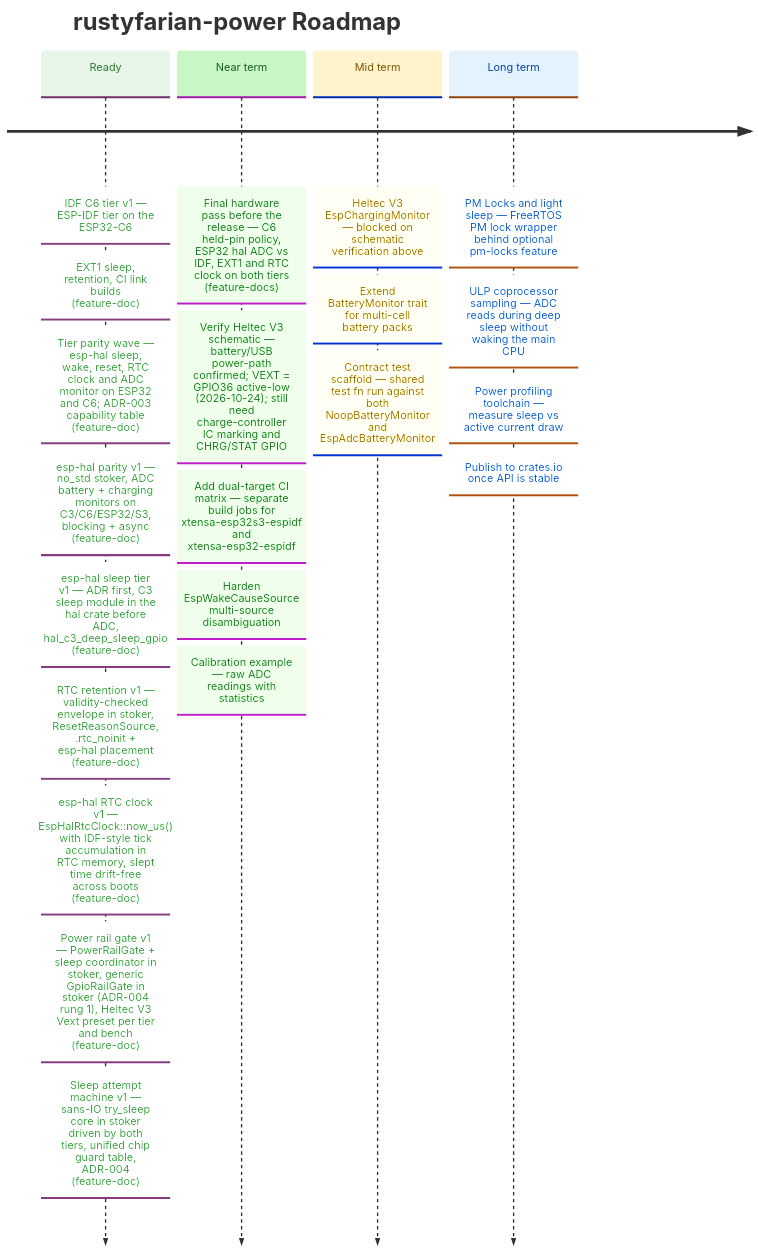
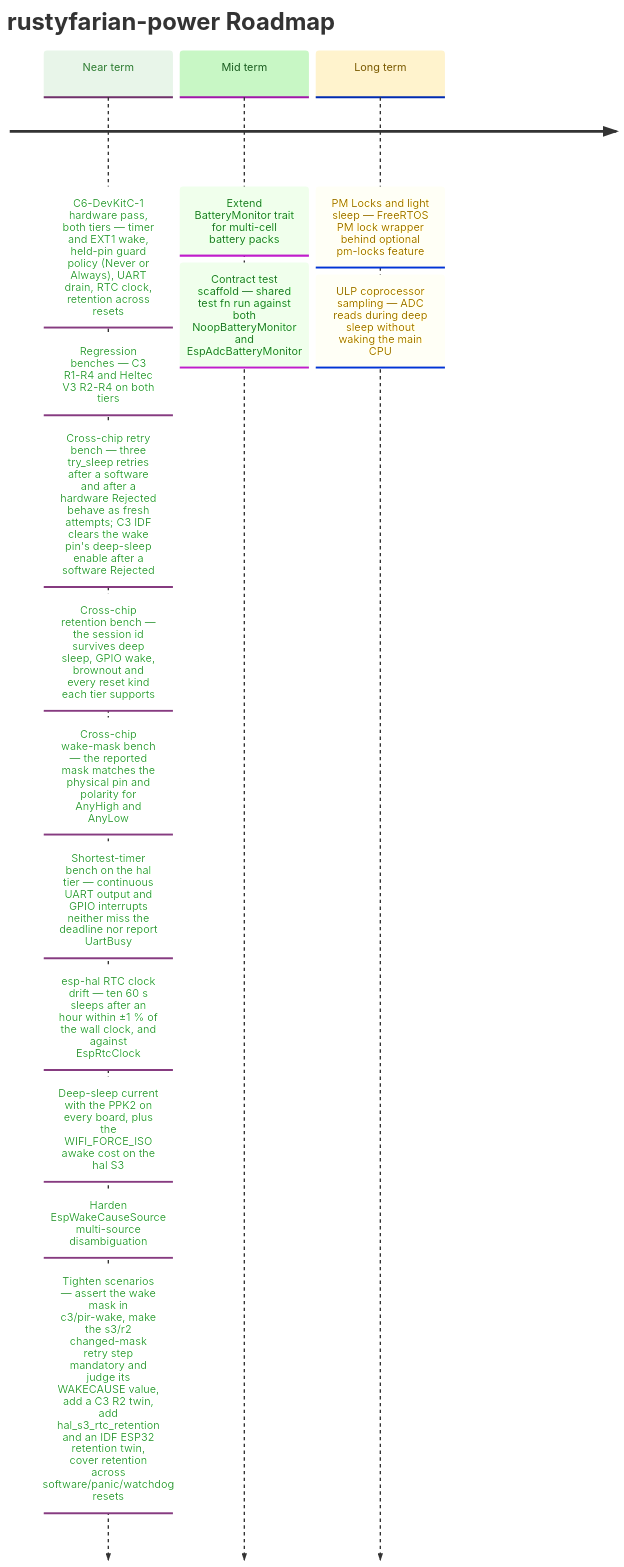
One commit to datenkollektiv/rustyfarian-power changed the diagram in docs/ROADMAP.md. Above: the diagram before and after it, drawn with Mermaid. The commit also changed other lines of this file and 43 other files, not shown here.

````diff
--- a/docs/ROADMAP.md
+++ b/docs/ROADMAP.md
@@ -15,42 +10,35 @@
 ```mermaid
 %%{init: {
   "theme": "base",
   "themeVariables": {
     "cScale0": "#e8f5e9",
     "cScaleLabel0": "#2e7d32",
     "cScale1": "#c8f7c5",
     "cScaleLabel1": "#1b5e20",
     "cScale2": "#fff3cd",
     "cScaleLabel2": "#7a5a00",
     "cScale3": "#e3f2fd",
     "cScaleLabel3": "#0d47a1"
   }
 }}%%
 
 timeline
     title rustyfarian-power Roadmap
 
-    Ready     : IDF C6 tier v1 — ESP-IDF tier on the ESP32-C6: EXT1 sleep, retention, CI link builds (feature-doc)
-              : Tier parity wave — esp-hal sleep, wake, reset, RTC clock and ADC monitor on ESP32 and C6; ADR-003 capability table (feature-doc)
-              : esp-hal parity v1 — no_std stoker, ADC battery + charging monitors on C3/C6/ESP32/S3, blocking + async (feature-doc)
-              : esp-hal sleep tier v1 — ADR first, C3 sleep module in the hal crate before ADC, hal_c3_deep_sleep_gpio (feature-doc)
-              : RTC retention v1 — validity-checked envelope in stoker, ResetReasonSource, .rtc_noinit + esp-hal placement (feature-doc)
-              : esp-hal RTC clock v1 — EspHalRtcClock::now_us() with IDF-style tick accumulation in RTC memory, slept time drift-free across boots (feature-doc)
-              : Power rail gate v1 — PowerRailGate + sleep coordinator in stoker, generic GpioRailGate in stoker (ADR-004 rung 1), Heltec V3 Vext preset per tier and bench (feature-doc)
-              : Sleep attempt machine v1 — sans-IO try_sleep core in stoker driven by both tiers, unified chip guard table, ADR-004 (feature-doc)
+    Near term : C6-DevKitC-1 hardware pass, both tiers — timer and EXT1 wake, held-pin guard policy (Never or Always), UART drain, RTC clock, retention across resets
+              : Regression benches — C3 R1-R4 and Heltec V3 R2-R4 on both tiers
+              : Cross-chip retry bench — three try_sleep retries after a software and after a hardware Rejected behave as fresh attempts; C3 IDF clears the wake pin's deep-sleep enable after a software Rejected
+              : Cross-chip retention bench — the session id survives deep sleep, GPIO wake, brownout and every reset kind each tier supports
+              : Cross-chip wake-mask bench — the reported mask matches the physical pin and polarity for AnyHigh and AnyLow
+              : Shortest-timer bench on the hal tier — continuous UART output and GPIO interrupts neither miss the deadline nor report UartBusy
+              : esp-hal RTC clock drift — ten 60 s sleeps after an hour within ±1 % of the wall clock, and against EspRtcClock
+              : Deep-sleep current with the PPK2 on every board, plus the WIFI_FORCE_ISO awake cost on the hal S3
+              : Harden EspWakeCauseSource multi-source disambiguation
+              : Tighten scenarios — assert the wake mask in c3/pir-wake, make the s3/r2 changed-mask retry step mandatory and judge its WAKECAUSE value, add a C3 R2 twin, add hal_s3_rtc_retention and an IDF ESP32 retention twin, cover retention across software/panic/watchdog resets
 
-    Near term : Final hardware pass before the release — C6 held-pin policy, ESP32 hal ADC vs IDF, EXT1 and RTC clock on both tiers (feature-docs)
-              : Verify Heltec V3 schematic — battery/USB power-path confirmed; VEXT = GPIO36 active-low (2026-10-24); still need charge-controller IC marking and CHRG/STAT GPIO
-              : Add dual-target CI matrix — separate build jobs for xtensa-esp32s3-espidf and xtensa-esp32-espidf
-              : Harden EspWakeCauseSource multi-source disambiguation
-              : Calibration example — raw ADC readings with statistics
-
-    Mid term  : Heltec V3 EspChargingMonitor — blocked on schematic verification above
-              : Extend BatteryMonitor trait for multi-cell battery packs
+    Mid term  : Extend BatteryMonitor trait for multi-cell battery packs
               : Contract test scaffold — shared test fn run against both NoopBatteryMonitor and EspAdcBatteryMonitor
 
     Long term : PM Locks and light sleep — FreeRTOS PM lock wrapper behind optional pm-locks feature
               : ULP coprocessor sampling — ADC reads during deep sleep without waking the main CPU
-              : Power profiling toolchain — measure sleep vs active current draw
-              : Publish to crates.io once API is stable
 ```
````
